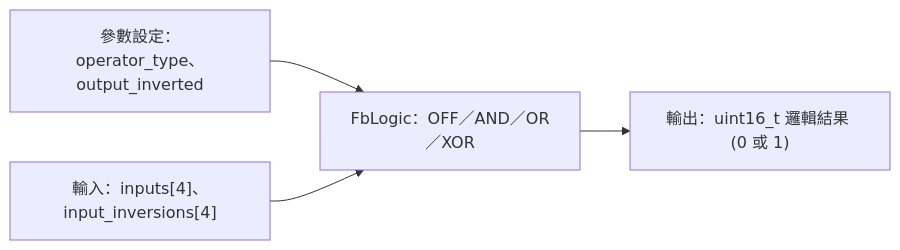
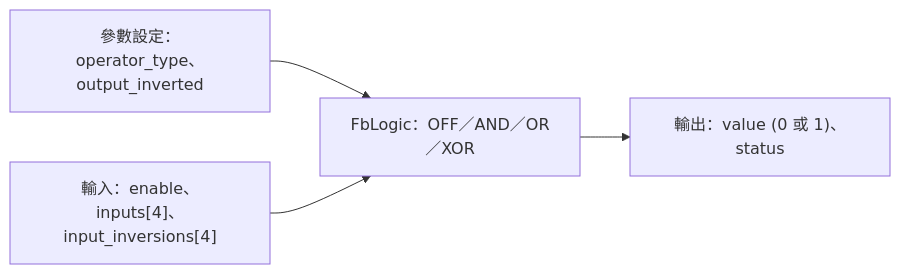
The diagram in L04_FunctionBlock/Utility/FbLogic/_UnitTest/TestResult/FbLogic_HostTest.md (ch7lin-cyber/platForm), drawn with Mermaid before and after one commit. The commit also changed other lines of this file and 7 other files, not shown here.

````diff
--- a/L04_FunctionBlock/Utility/FbLogic/_UnitTest/TestResult/FbLogic_HostTest.md
+++ b/L04_FunctionBlock/Utility/FbLogic/_UnitTest/TestResult/FbLogic_HostTest.md
@@ -5,6 +5,6 @@
 ```mermaid
 flowchart LR
     C["參數設定：operator_type、output_inverted"] --> FB["FbLogic：OFF／AND／OR／XOR"]
-    I["輸入：inputs[4]、input_inversions[4]"] --> FB
-    FB --> O["輸出：uint16_t 邏輯結果 (0 或 1)"]
+    I["輸入：enable、inputs[4]、input_inversions[4]"] --> FB
+    FB --> O["輸出：value (0 或 1)、status"]
 ```
````
